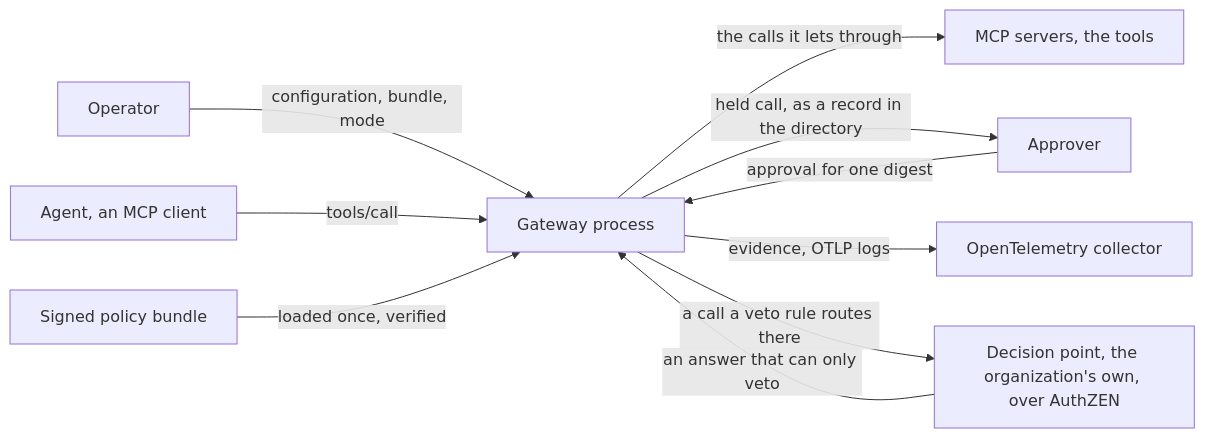
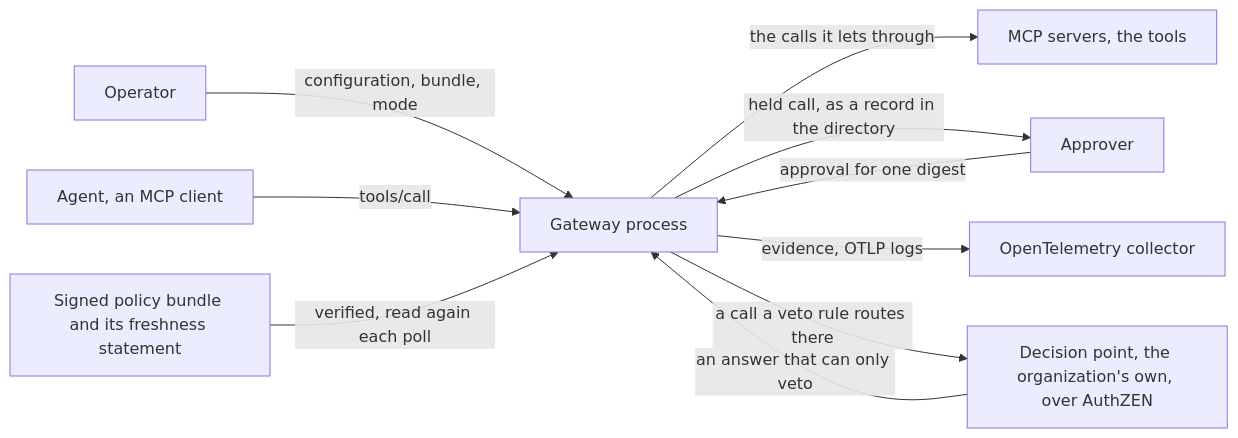
One commit to guardana/control changed the first of 4 diagrams in docs/concepts/architecture.md. Above: the diagram before and after it, drawn with Mermaid. The commit also changed other lines of this file and 121 other files, not shown here.

````diff
--- a/docs/concepts/architecture.md
+++ b/docs/concepts/architecture.md
@@ -20,22 +20,22 @@
 ```mermaid
 flowchart LR
     accTitle: The system in context
-    accDescr: The agent's tool calls pass through the gateway process, which loads a signed bundle, sends held calls to an approver, asks a decision point that can only veto, forwards the calls it lets through and exports evidence to a collector.
+    accDescr: The agent's tool calls pass through the gateway process, which reads a signed bundle and the statement that keeps it current, sends held calls to an approver, asks a decision point that can only veto, forwards the calls it lets through and exports evidence to a collector.
     OP[Operator]
     AG["Agent, an MCP client"]
     APR[Approver]
     GW["Gateway process"]
     SRV["MCP servers, the tools"]
-    BUNDLE["Signed policy bundle"]
+    BUNDLE["Signed policy bundle and its freshness statement"]
     COL["OpenTelemetry collector"]
     PDP["Decision point, the organization's own, over AuthZEN"]
     OP -->|configuration, bundle, mode| GW
     AG -->|tools/call| GW
     GW -->|the calls it lets through| SRV
     GW -->|held call, as a record in the directory| APR
     APR -->|approval for one digest| GW
-    BUNDLE -->|loaded once, verified| GW
+    BUNDLE -->|verified, read again each poll| GW
     GW -->|evidence, OTLP logs| COL
     GW -->|a call a veto rule routes there| PDP
     PDP -->|an answer that can only veto| GW
 ```
````
